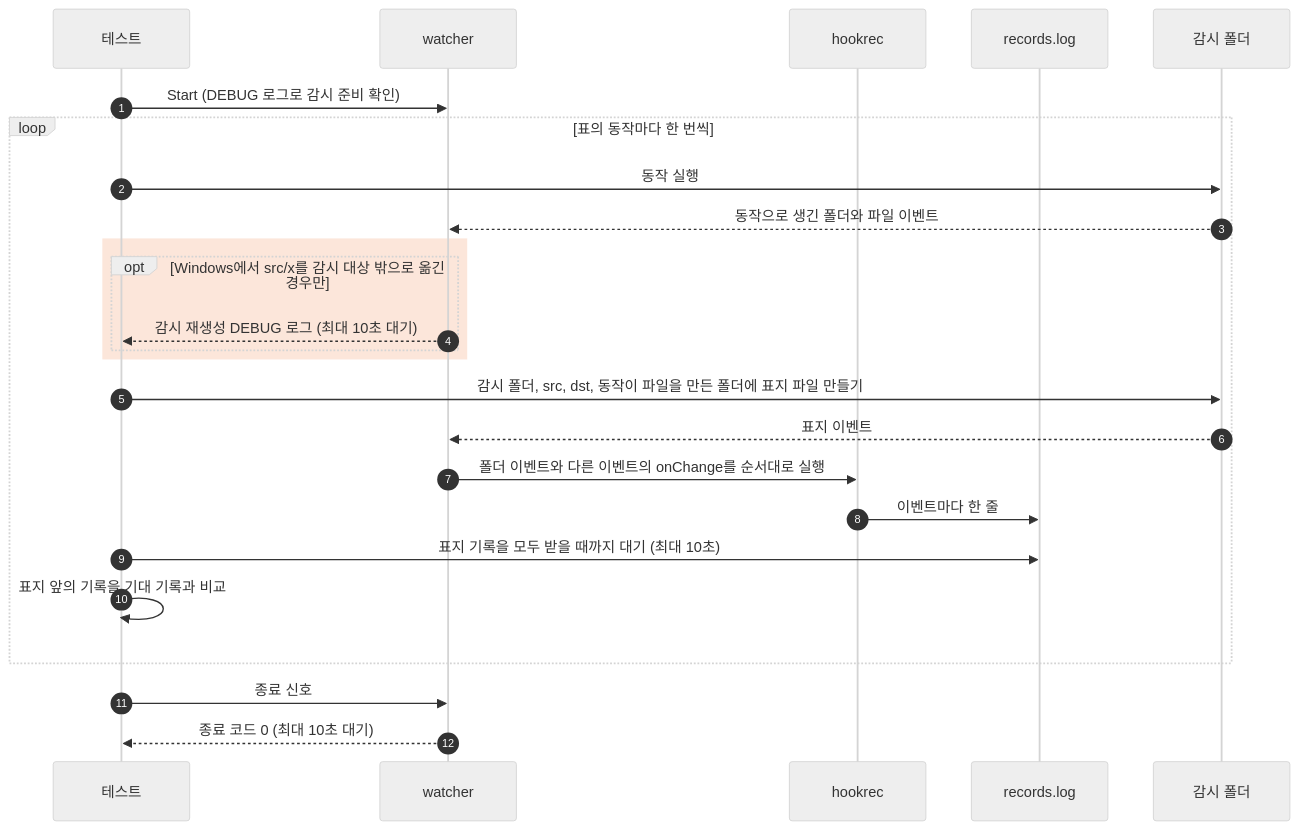
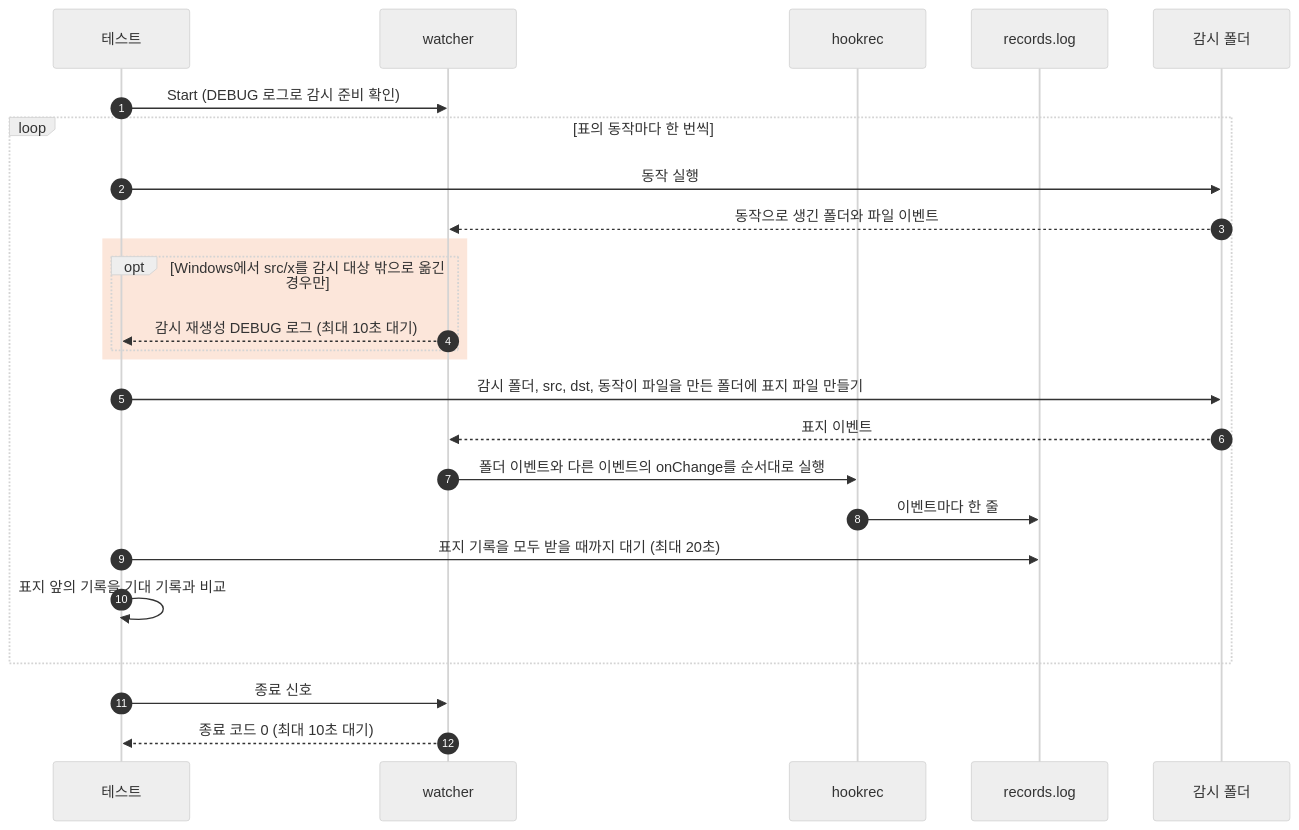
The diagram in e2e/docs/scenarios/folder-events.ko.md (seungyeop-lee/directory-watcher), drawn with Mermaid (neutral theme) before and after one commit. The commit also changed other lines of this file and 3 other files, not shown here.

````diff
--- a/e2e/docs/scenarios/folder-events.ko.md
+++ b/e2e/docs/scenarios/folder-events.ko.md
@@ -50,27 +52,27 @@
 ```mermaid
 sequenceDiagram
     autonumber
     participant testCode as 테스트
     participant watcherProc as watcher
     participant hookRec as hookrec
     participant recordFile as records.log
     participant watchDir as 감시 폴더
     testCode->>watcherProc: Start (DEBUG 로그로 감시 준비 확인)
     loop 표의 동작마다 한 번씩
         testCode->>watchDir: 동작 실행
         watchDir-->>watcherProc: 동작으로 생긴 폴더와 파일 이벤트
         rect rgba(234, 88, 12, 0.15)
             opt Windows에서 src/x를 감시 대상 밖으로 옮긴 경우만
                 watcherProc-->>testCode: 감시 재생성 DEBUG 로그 (최대 10초 대기)
             end
         end
         testCode->>watchDir: 감시 폴더, src, dst, 동작이 파일을 만든 폴더에 표지 파일 만들기
         watchDir-->>watcherProc: 표지 이벤트
         watcherProc->>hookRec: 폴더 이벤트와 다른 이벤트의 onChange를 순서대로 실행
         hookRec->>recordFile: 이벤트마다 한 줄
-        testCode->>recordFile: 표지 기록을 모두 받을 때까지 대기 (최대 10초)
+        testCode->>recordFile: 표지 기록을 모두 받을 때까지 대기 (최대 20초)
         testCode->>testCode: 표지 앞의 기록을 기대 기록과 비교
     end
     testCode->>watcherProc: 종료 신호
     watcherProc-->>testCode: 종료 코드 0 (최대 10초 대기)
 ```
````
